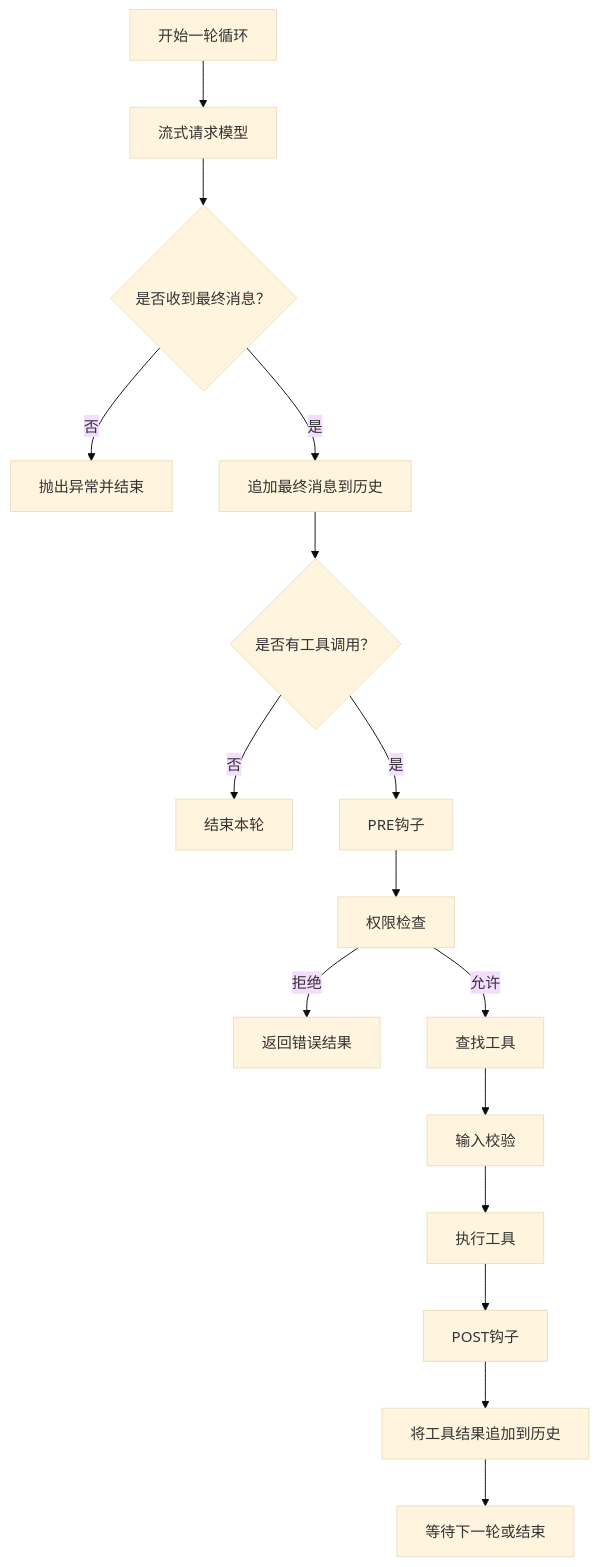
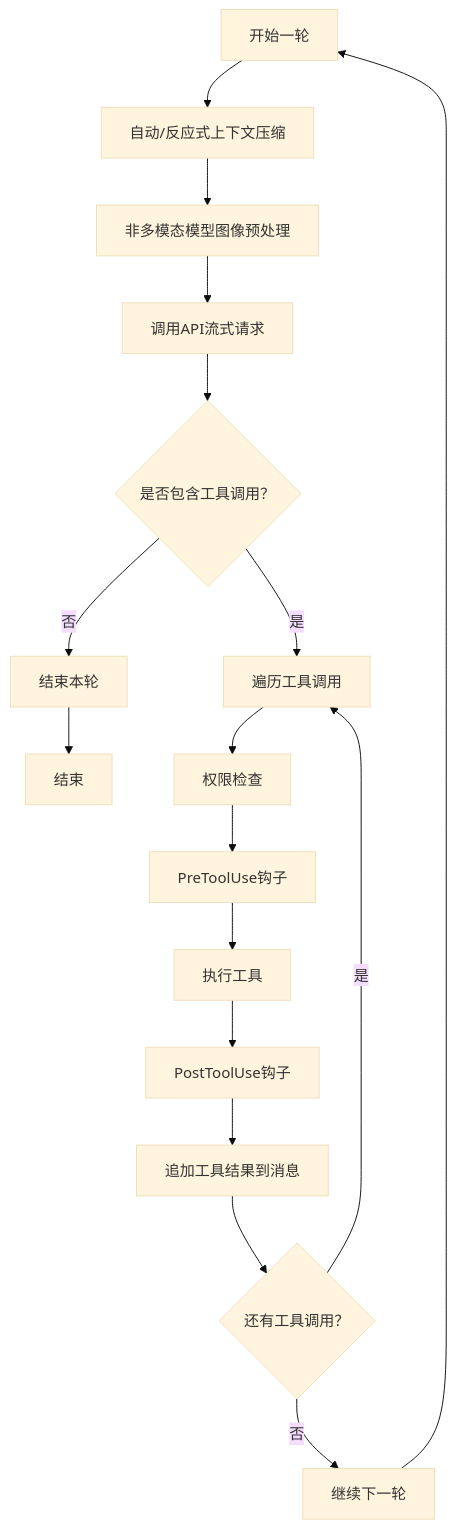
One commit to haolange/OpenHarness changed the third of 9 diagrams in .qoder/repowiki/zh/content/核心概念/核心概念.md. Above: the diagram before and after it, drawn with Mermaid (base theme). The commit also changed other lines of this file and 222 other files, not shown here.

````diff
--- a/.qoder/repowiki/zh/content/核心概念/核心概念.md
+++ b/.qoder/repowiki/zh/content/核心概念/核心概念.md
@@ -171,18 +197,19 @@
 ```mermaid
 flowchart TD
-S["开始一轮循环"] --> R["流式请求模型"]
-R --> M{"是否收到最终消息？"}
-M --> |否| E["抛出异常并结束"]
-M --> |是| A["追加最终消息到历史"]
-A --> T{"是否有工具调用？"}
-T --> |否| X["结束本轮"]
-T --> |是| P["PRE钩子"]
-P --> C["权限检查"]
-C --> |拒绝| DENY["返回错误结果"]
-C --> |允许| F["查找工具"]
-F --> V["输入校验"]
-V --> EX["执行工具"]
-EX --> H["POST钩子"]
-H --> APP["将工具结果追加到历史"]
-APP --> N["等待下一轮或结束"]
+S["开始一轮"] --> C1["自动/反应式上下文压缩"]
+C1 --> IMG["非多模态模型图像预处理"]
+IMG --> REQ["调用API流式请求"]
+REQ --> DECIDE{"是否包含工具调用？"}
+DECIDE --> |否| DONE["结束本轮"]
+DECIDE --> |是| LOOP["遍历工具调用"]
+LOOP --> PERM["权限检查"]
+PERM --> PREHOOK["PreToolUse钩子"]
+PREHOOK --> EXEC["执行工具"]
+EXEC --> POSTHOOK["PostToolUse钩子"]
+POSTHOOK --> APPEND["追加工具结果到消息"]
+APPEND --> NEXT{"还有工具调用？"}
+NEXT --> |是| LOOP
+NEXT --> |否| CONT["继续下一轮"]
+DONE --> END["结束"]
+CONT --> S
 ```
````
